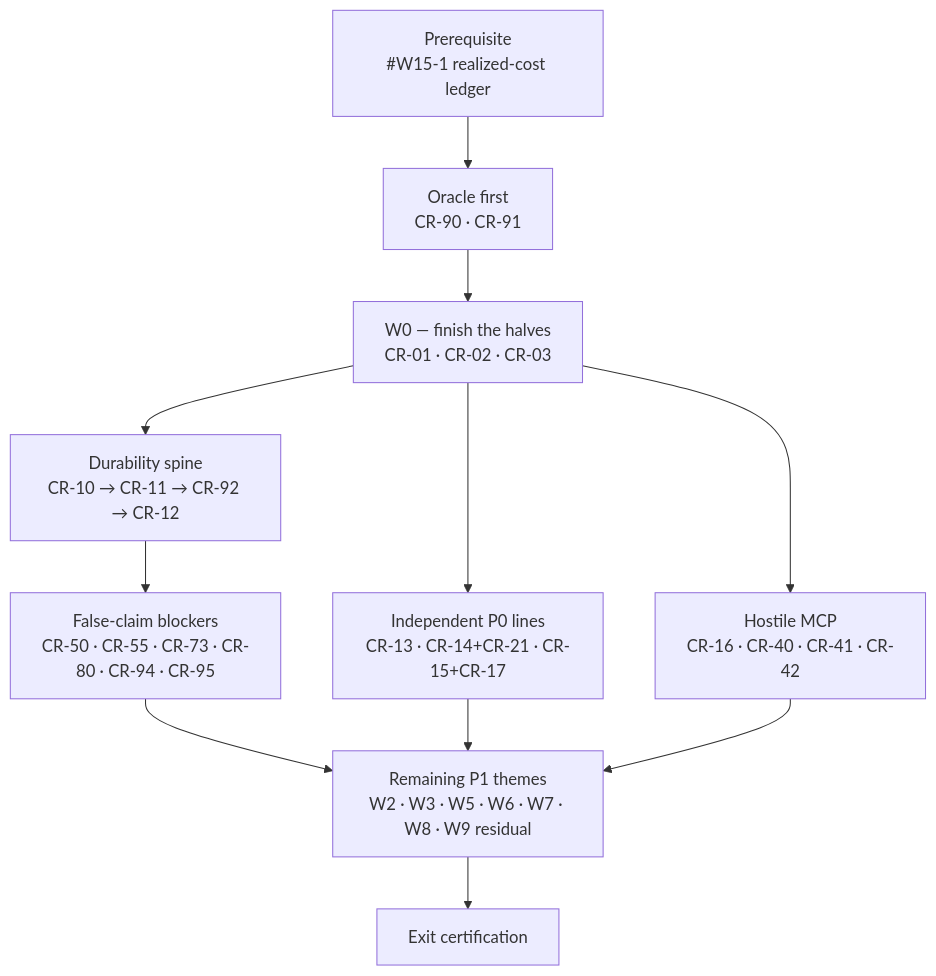
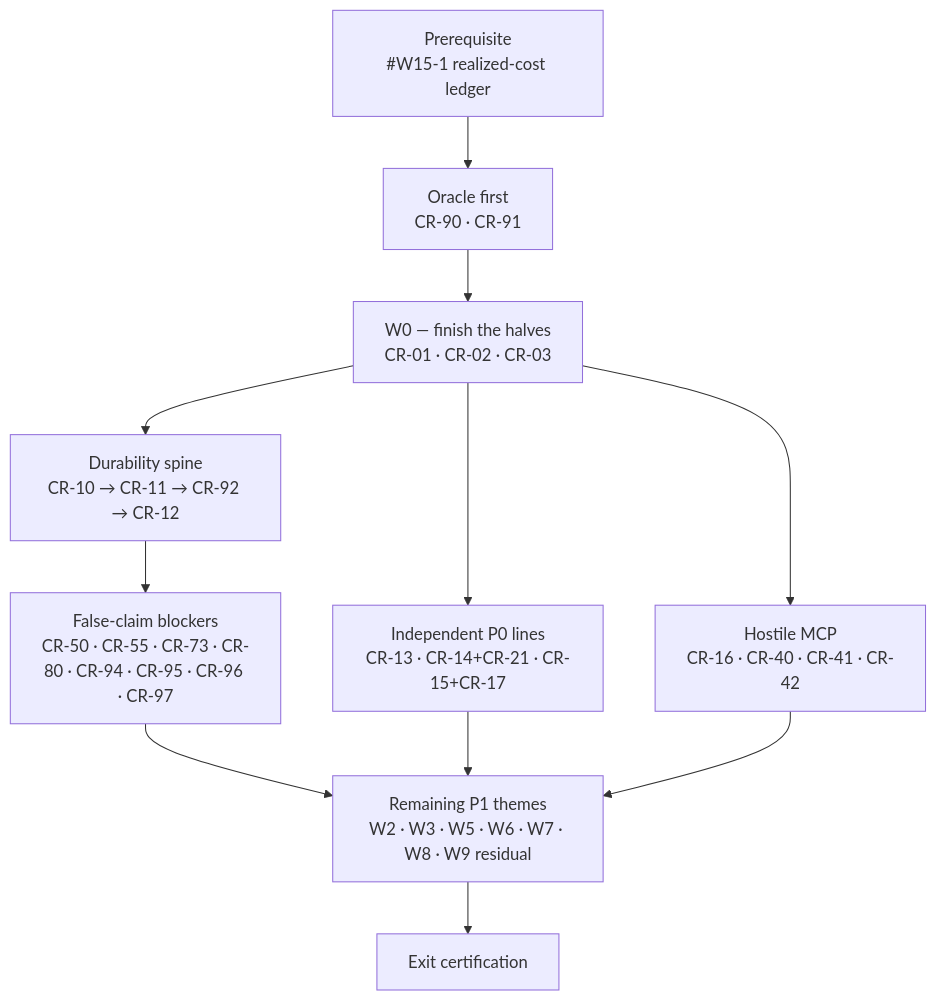
The diagram in docs/roadmap/phases/phase-2.6.5-core-reliability-remediation.md (HodeTech/Relavium), drawn with Mermaid before and after one commit. The commit also changed other lines of this file and 21 other files, not shown here.

````diff
--- a/docs/roadmap/phases/phase-2.6.5-core-reliability-remediation.md
+++ b/docs/roadmap/phases/phase-2.6.5-core-reliability-remediation.md
@@ -223,15 +226,15 @@
 ```mermaid
 flowchart TD
     PRE["Prerequisite<br/>#W15-1 realized-cost ledger"]
     ORACLE["Oracle first<br/>CR-90 · CR-91"]
     HALVES["W0 — finish the halves<br/>CR-01 · CR-02 · CR-03"]
     SPINE["Durability spine<br/>CR-10 → CR-11 → CR-92 → CR-12"]
     IND["Independent P0 lines<br/>CR-13 · CR-14+CR-21 · CR-15+CR-17"]
     MCP["Hostile MCP<br/>CR-16 · CR-40 · CR-41 · CR-42"]
-    CLAIM["False-claim blockers<br/>CR-50 · CR-55 · CR-73 · CR-80 · CR-94 · CR-95"]
+    CLAIM["False-claim blockers<br/>CR-50 · CR-55 · CR-73 · CR-80 · CR-94 · CR-95 · CR-96 · CR-97"]
     REST["Remaining P1 themes<br/>W2 · W3 · W5 · W6 · W7 · W8 · W9 residual"]
     EXIT["Exit certification"]
     PRE --> ORACLE --> HALVES --> SPINE --> CLAIM --> REST --> EXIT
     HALVES --> IND --> REST
     HALVES --> MCP --> REST
 ```
````
